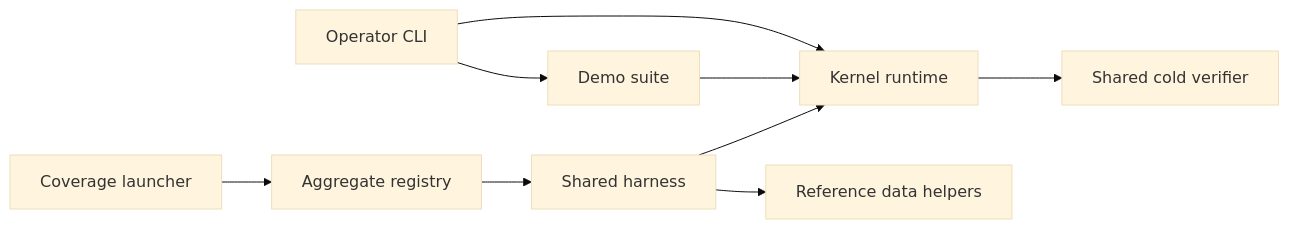
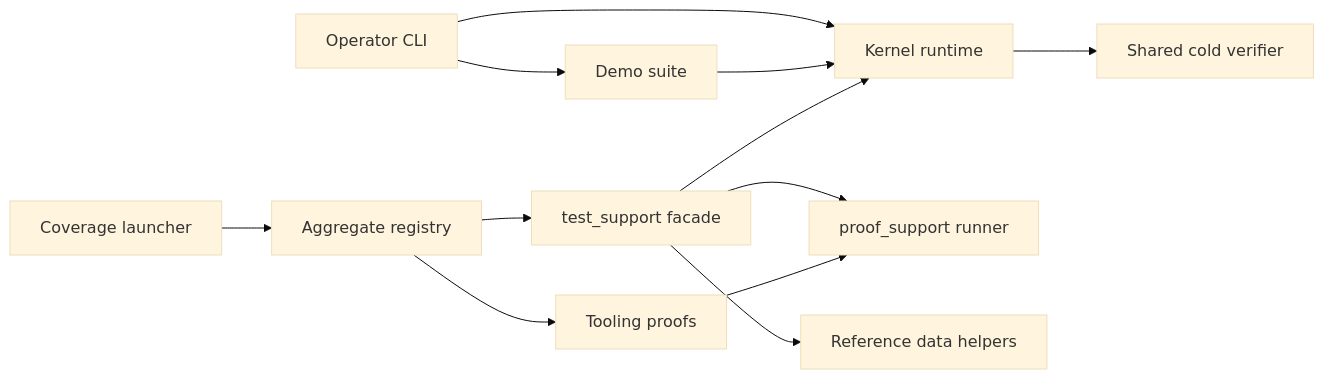
One commit to violent-xrp/rss_v0.1.0 changed the diagram in docs/SIGIL_CRUCIBLE.md. Above: the diagram before and after it, drawn with Mermaid (base theme). The commit also changed other lines of this file and 14 other files, not shown here.

First line of the commit message:
build: checkpoint input scope and independent proof support (BUILD-03)

````diff
--- a/docs/SIGIL_CRUCIBLE.md
+++ b/docs/SIGIL_CRUCIBLE.md
@@ -169,11 +177,14 @@
 ```mermaid
 flowchart LR
     CLI["Operator CLI"] --> Runtime["Kernel runtime"]
     CLI --> Demo["Demo suite"]
     Demo --> Runtime
     Runtime --> Verify["Shared cold verifier"]
-    Registry["Aggregate registry"] --> Harness["Shared harness"]
+    Registry["Aggregate registry"] --> Harness["test_support facade"]
+    Registry --> Tooling["Tooling proofs"]
+    Harness --> ProofSupport["proof_support runner"]
+    Tooling --> ProofSupport
     Harness --> Runtime
     Harness --> Reference["Reference data helpers"]
     Coverage["Coverage launcher"] --> Registry
 ```
````
